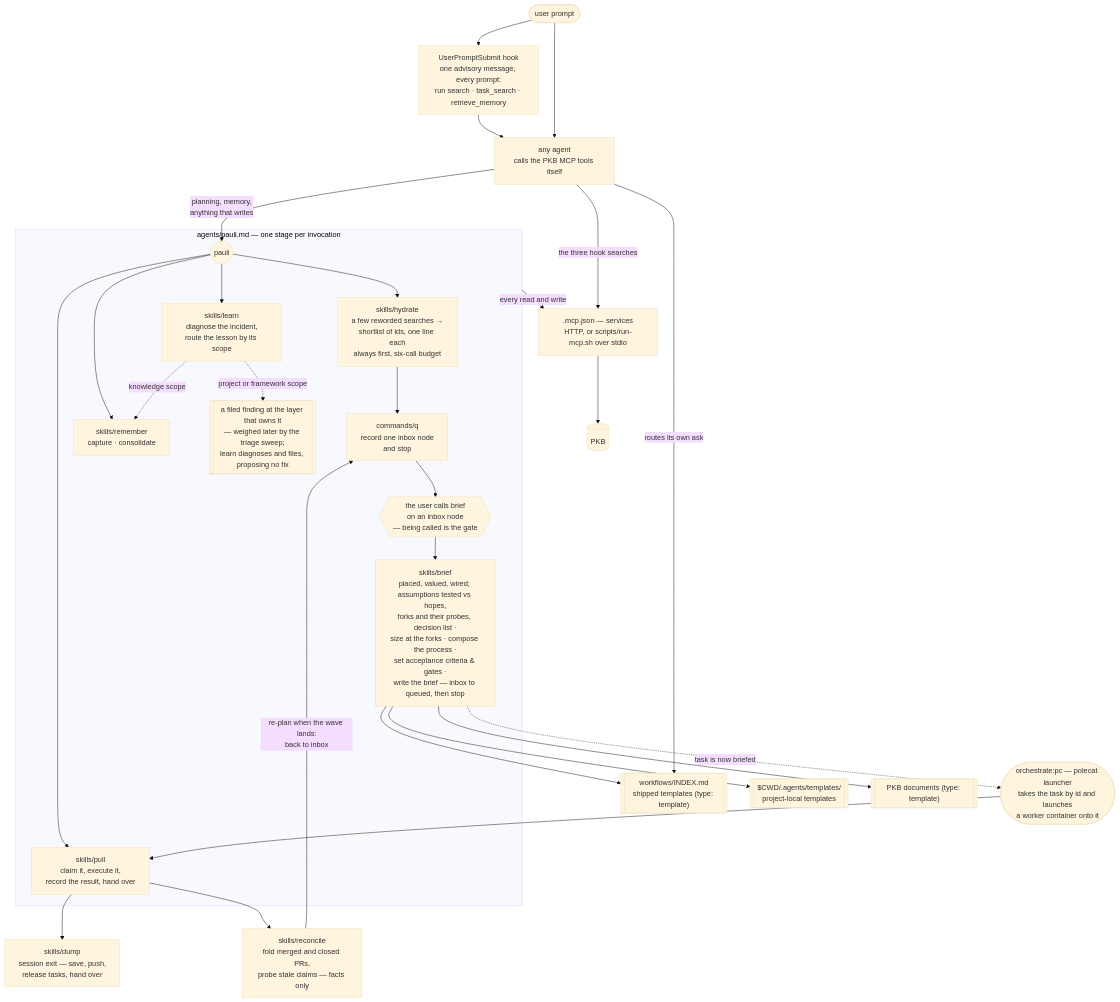
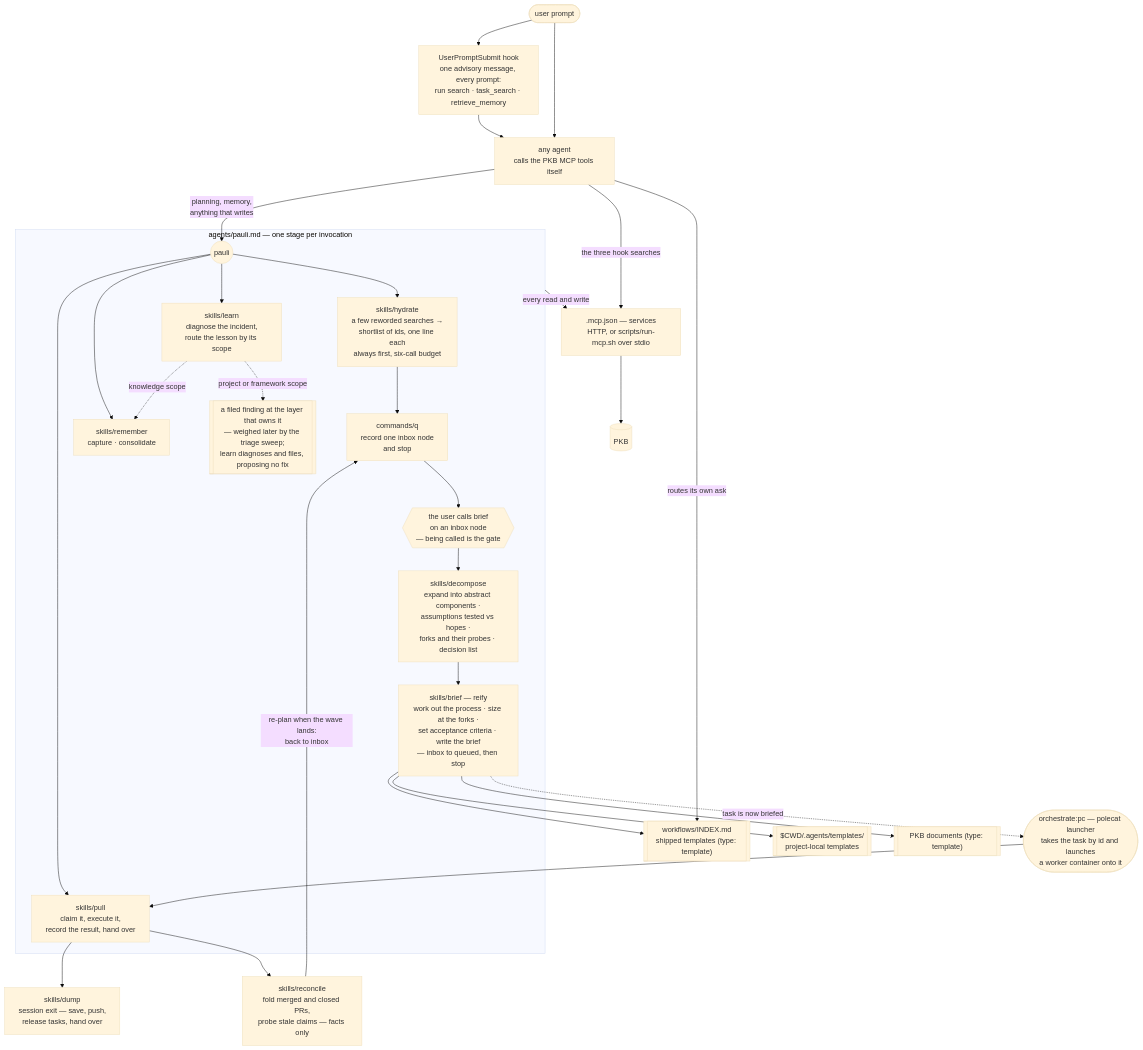
One commit to nicsuzor/academicOps changed the diagram in plugins/aops/README.md. Above: the diagram before and after it, drawn with Mermaid (base theme). The commit also changed other lines of this file and 13 other files, not shown here.

````diff
--- a/plugins/aops/README.md
+++ b/plugins/aops/README.md
@@ -8,43 +8,44 @@
 ```mermaid
 flowchart TD
     prompt([user prompt]) --> hook
 
     hook["UserPromptSubmit hook<br/>one advisory message, every prompt:<br/>run search · task_search · retrieve_memory"]
     hook --> agent
     prompt --> agent["any agent<br/>calls the PKB MCP tools itself"]
 
     agent -- "planning, memory,<br/>anything that writes" --> pauli
 
     subgraph pkbwrite["agents/pauli.md — one stage per invocation"]
         pauli(("pauli"))
         pauli --> hydrate["skills/hydrate<br/>a few reworded searches →<br/>shortlist of ids, one line each<br/>always first, six-call budget"]
 
         hydrate --> capture["commands/q<br/>record one inbox node<br/>and stop"]
         capture --> gate{{"the user calls brief<br/>on an inbox node<br/>— being called is the gate"}}
-        gate --> brief["skills/brief<br/>placed, valued, wired; assumptions tested vs hopes,<br/>forks and their probes, decision list ·<br/>size at the forks · compose the process ·<br/>set acceptance criteria & gates ·<br/>write the brief — inbox to queued, then stop"]
+        gate --> decompose["skills/decompose<br/>expand into abstract components ·<br/>assumptions tested vs hopes ·<br/>forks and their probes · decision list"]
+        decompose --> brief["skills/brief — reify<br/>work out the process · size at the forks ·<br/>set acceptance criteria · write the brief<br/>— inbox to queued, then stop"]
 
         pauli --> pull["skills/pull<br/>claim it, execute it,<br/>record the result, hand over"]
         pauli --> remember["skills/remember<br/>capture · consolidate"]
         pauli --> learn["skills/learn<br/>diagnose the incident,<br/>route the lesson by its scope"]
 
         learn -. knowledge scope .-> remember
         learn -. project or framework scope .-> finding[["a filed finding at the layer that owns it<br/>— weighed later by the triage sweep;<br/>learn diagnoses and files, proposing no fix"]]
     end
 
     pull --> dump["skills/dump<br/>session exit — save, push,<br/>release tasks, hand over"]
     pull --> reconcile["skills/reconcile<br/>fold merged and closed PRs,<br/>probe stale claims — facts only"]
     reconcile -- "re-plan when the wave lands:<br/>back to inbox" --> capture
 
     brief --> library[["workflows/INDEX.md<br/>shipped templates (type: template)"]]
     brief --> userlayer[["$CWD/.agents/templates/<br/>project-local templates"]]
     brief --> wftemplates[["PKB documents (type: template)"]]
     agent -- "routes its own ask" --> library
 
     pkbwrite -- "every read and write" --> mcp
     agent -- "the three hook searches" --> mcp
 
     mcp[".mcp.json — services<br/>HTTP, or scripts/run-mcp.sh over stdio"] --> pkbstore[(PKB)]
 
     brief -. "task is now briefed" .-> dispatch(["orchestrate:pc — polecat launcher<br/>takes the task by id and launches<br/>a worker container onto it"])
     dispatch --> pull
 ```
````
